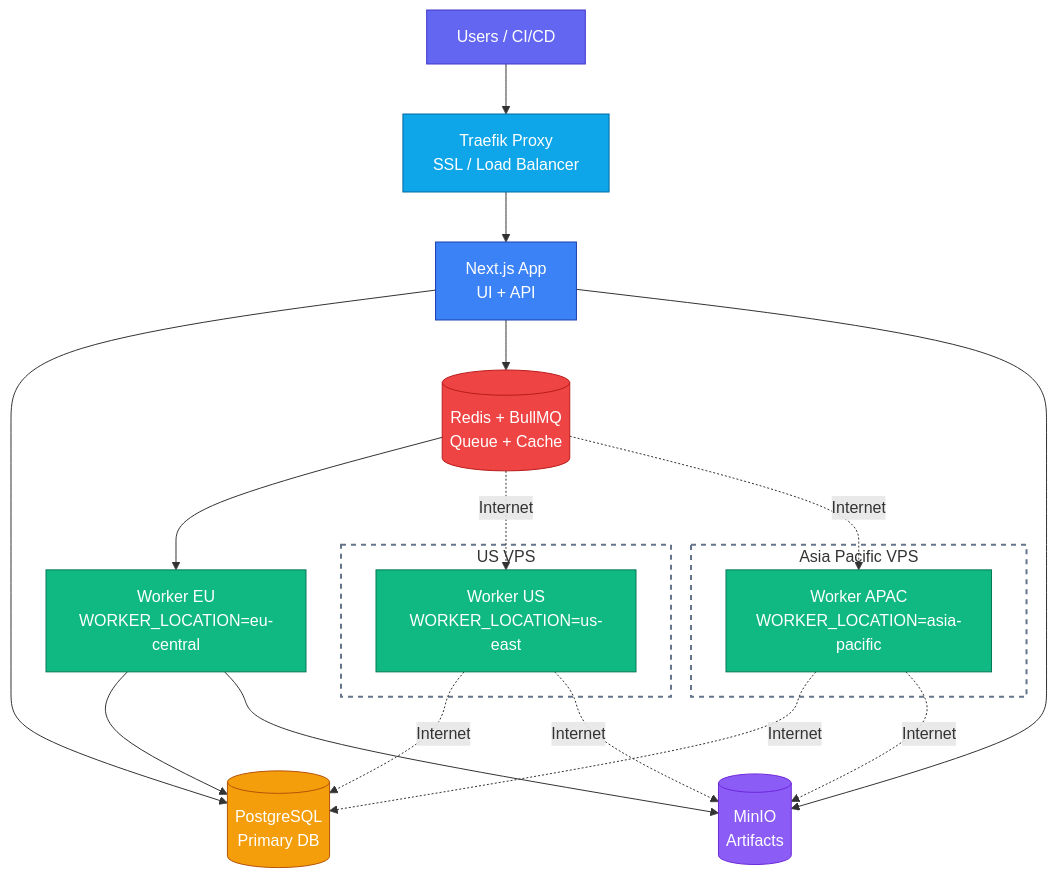
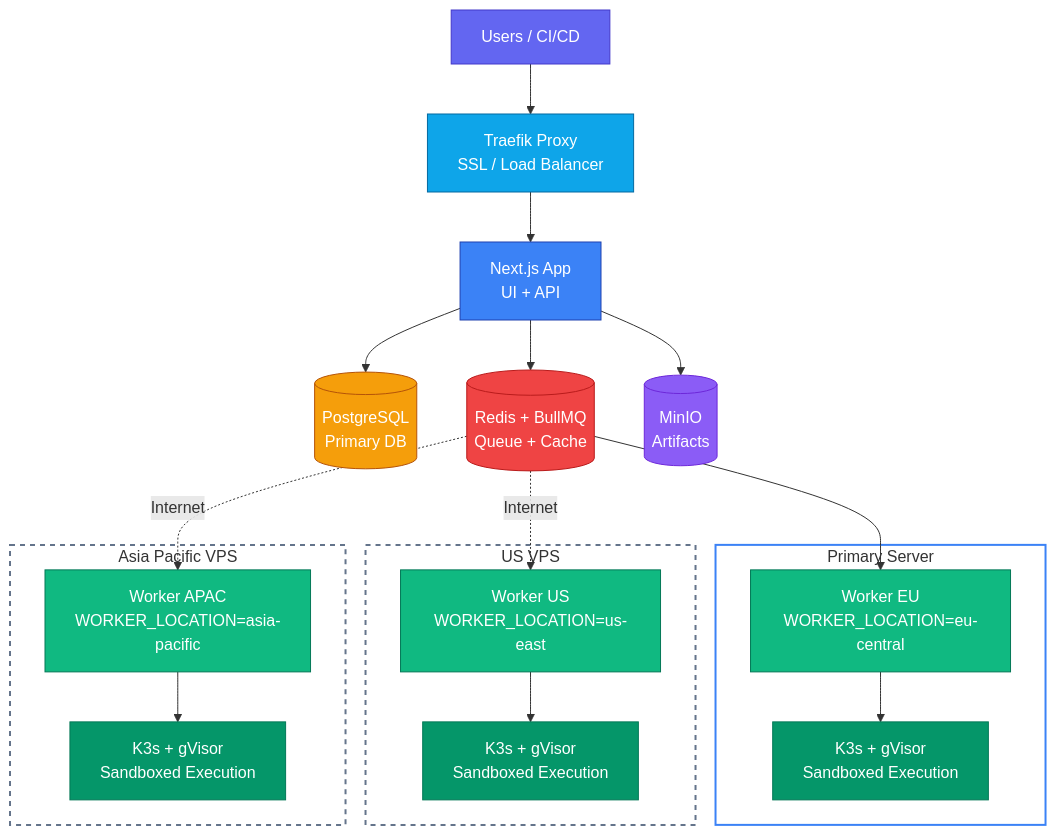
Before and after one commit to yawboateng/supercheck: the diagram in docs/content/docs/app/deployment/multi-location.mdx, drawn with Mermaid. The commit also changed other lines of this file and 4 other files, not shown here.

Commit message:
feat: enhance documentation for multi-location deployment and gVisor execution model

````diff
--- a/docs/content/docs/app/deployment/multi-location.mdx
+++ b/docs/content/docs/app/deployment/multi-location.mdx
@@ -15,44 +15,38 @@
 ```mermaid
 flowchart TB
     Users[Users / CI/CD] --> T[Traefik Proxy<br/>SSL / Load Balancer]
     T --> App[Next.js App<br/>UI + API]
-    
-    App --> DB[(PostgreSQL<br/>Primary DB)]
-    App --> Redis[(Redis + BullMQ<br/>Queue + Cache)]
-    App --> S3[(MinIO<br/>Artifacts)]
-    
-    Redis --> W_EU[Worker EU<br/>WORKER_LOCATION=eu-central]
-    
-    subgraph US["US VPS"]
-        W_US[Worker US<br/>WORKER_LOCATION=us-east]
-    end
-    
-    subgraph APAC["Asia Pacific VPS"]
-        W_APAC[Worker APAC<br/>WORKER_LOCATION=asia-pacific]
-    end
-    
+    App --> DB[(PostgreSQL<br/>Primary DB)] & Redis[(Redis + BullMQ<br/>Queue + Cache)] & S3[(MinIO<br/>Artifacts)]
+
+    Redis --> W_EU
     Redis -.->|Internet| W_US
     Redis -.->|Internet| W_APAC
-    
-    W_EU --> DB
-    W_EU --> S3
-    
-    W_US -.->|Internet| DB
-    W_US -.->|Internet| S3
-    
-    W_APAC -.->|Internet| DB
-    W_APAC -.->|Internet| S3
+
+    subgraph PRIMARY["Primary Server"]
+        W_EU[Worker EU<br/>WORKER_LOCATION=eu-central] --> K3S_EU[K3s + gVisor<br/>Sandboxed Execution]
+    end
+
+    subgraph US["US VPS"]
+        W_US[Worker US<br/>WORKER_LOCATION=us-east] --> K3S_US[K3s + gVisor<br/>Sandboxed Execution]
+    end
+
+    subgraph APAC["Asia Pacific VPS"]
+        W_APAC[Worker APAC<br/>WORKER_LOCATION=asia-pacific] --> K3S_APAC[K3s + gVisor<br/>Sandboxed Execution]
+    end
 
     style Users fill:#6366f1,stroke:#4338ca,color:#fff
     style T fill:#0ea5e9,stroke:#0369a1,color:#fff
     style App fill:#3b82f6,stroke:#1e40af,color:#fff
     style DB fill:#f59e0b,stroke:#b45309,color:#fff
     style Redis fill:#ef4444,stroke:#b91c1c,color:#fff
     style S3 fill:#8b5cf6,stroke:#6d28d9,color:#fff
     style W_EU fill:#10b981,stroke:#047857,color:#fff
     style W_US fill:#10b981,stroke:#047857,color:#fff
     style W_APAC fill:#10b981,stroke:#047857,color:#fff
-    
+    style K3S_EU fill:#059669,stroke:#047857,color:#fff
+    style K3S_US fill:#059669,stroke:#047857,color:#fff
+    style K3S_APAC fill:#059669,stroke:#047857,color:#fff
+    style PRIMARY fill:none,stroke:#3b82f6,stroke-width:2px
     style US fill:none,stroke:#64748b,stroke-width:2px,stroke-dasharray: 5 5
     style APAC fill:none,stroke:#64748b,stroke-width:2px,stroke-dasharray: 5 5
 ```
````
